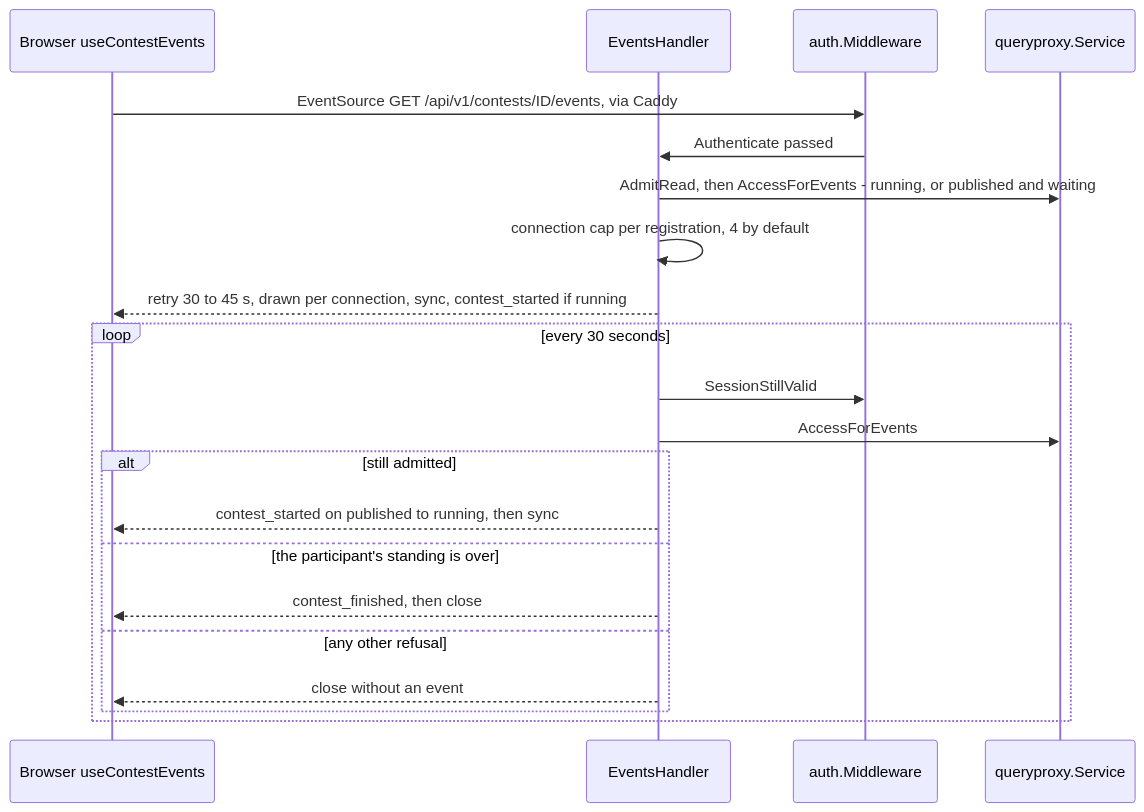
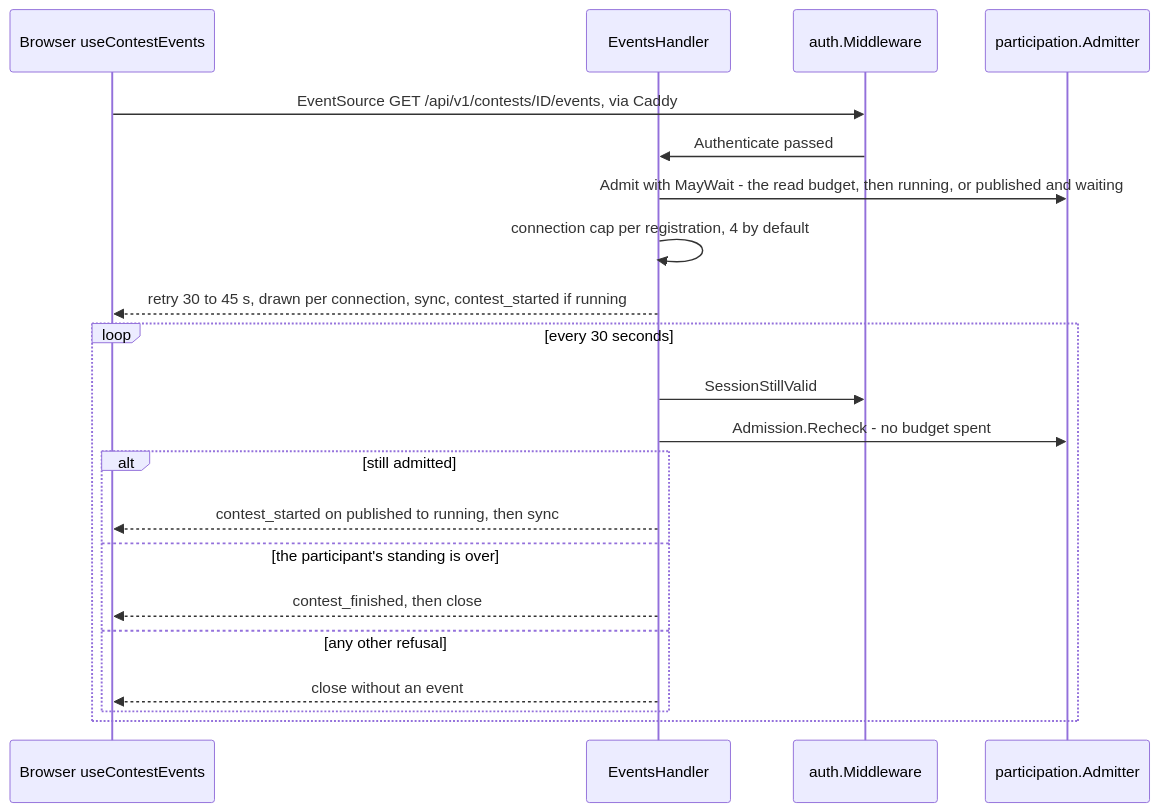
Diagram 13 of 14 in docs/guide/03-flows.md (devrdn/olymp-db-platform), drawn with Mermaid before and after one commit. The commit also changed other lines of this file and 47 other files, not shown here.

````diff
--- a/docs/guide/03-flows.md
+++ b/docs/guide/03-flows.md
@@ -845,24 +845,24 @@
 ```mermaid
 sequenceDiagram
     participant B as Browser useContestEvents
     participant E as EventsHandler
     participant M as auth.Middleware
-    participant Q as queryproxy.Service
+    participant Q as participation.Admitter
 
     B->>M: EventSource GET /api/v1/contests/ID/events, via Caddy
     M->>E: Authenticate passed
-    E->>Q: AdmitRead, then AccessForEvents - running, or published and waiting
+    E->>Q: Admit with MayWait - the read budget, then running, or published and waiting
     E->>E: connection cap per registration, 4 by default
     E-->>B: retry 30 to 45 s, drawn per connection, sync, contest_started if running
     loop every 30 seconds
         E->>M: SessionStillValid
-        E->>Q: AccessForEvents
+        E->>Q: Admission.Recheck - no budget spent
         alt still admitted
             E-->>B: contest_started on published to running, then sync
         else the participant's standing is over
             E-->>B: contest_finished, then close
         else any other refusal
             E-->>B: close without an event
         end
     end
 ```
````
